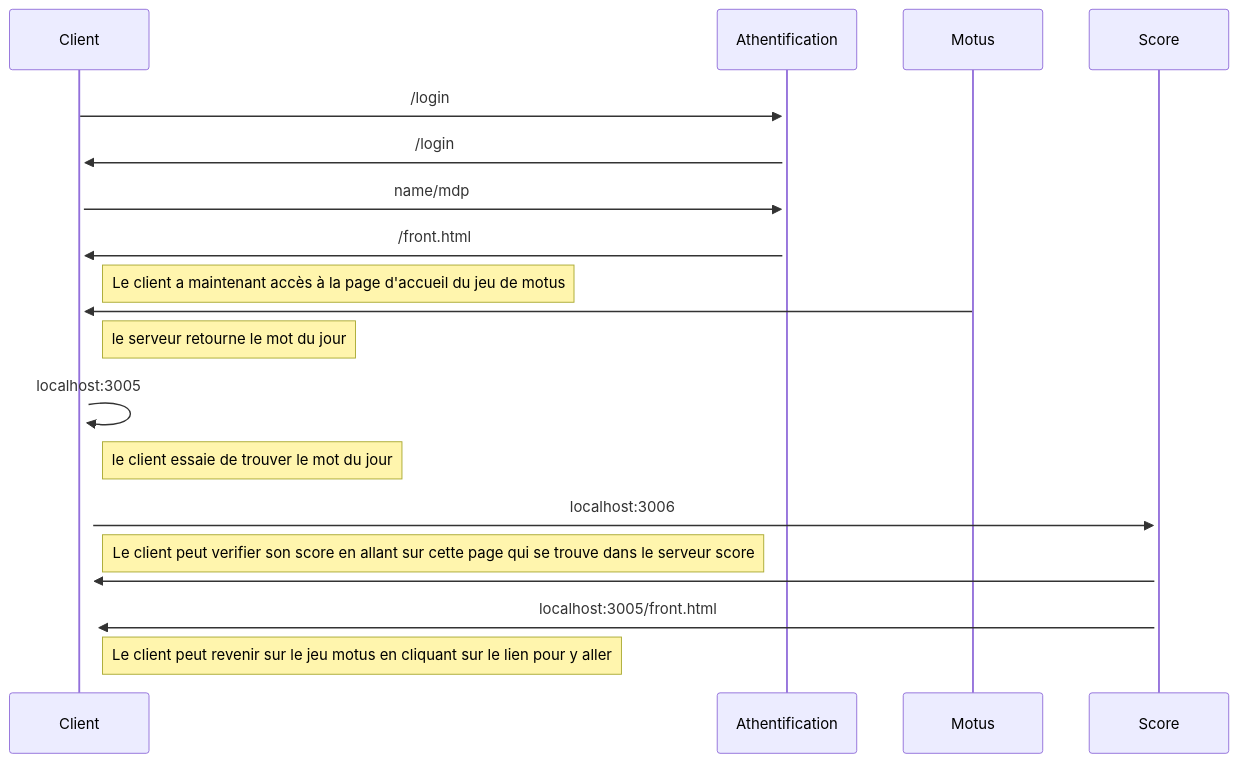
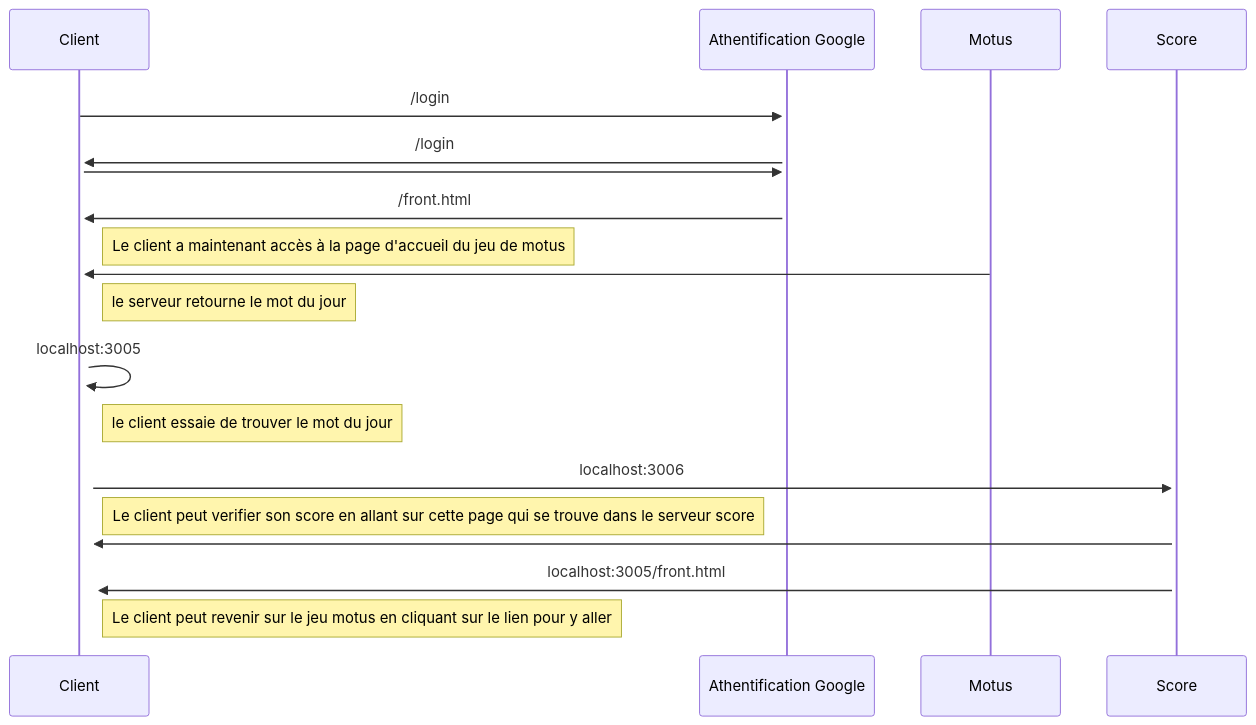
Before and after one commit to RadoDominique/motus: the diagram in README.md, drawn with Mermaid. The commit also changed other lines of this file, not shown here.

````diff
--- a/README.md
+++ b/README.md
@@ -36,18 +37,18 @@
 ```mermaid
 
 sequenceDiagram
-    Client->>+Athentification: /login
-    Athentification->>+Client: /login
-    Client->>Athentification: name/mdp
-    Athentification->>Client:/front.html
+    Client->>+Athentification Google: /login
+    Athentification Google->>+Client: /login
+    Client->>Athentification Google: 
+    Athentification Google->>Client:/front.html
     Note right of Client: Le client a maintenant accès à la page d'accueil du jeu de motus
     Motus->>+Client : 
     note right of Client : le serveur retourne le mot du jour
     Client->>+Client: localhost:3005
     note right of Client: le client essaie de trouver le mot du jour
     Client->>+Score: localhost:3006
     note right of Client: Le client peut verifier son score en allant sur cette page qui se trouve dans le serveur score
     Score->>+Client: 
     Score->>+Client: localhost:3005/front.html
     note right of Client: Le client peut revenir sur le jeu motus en cliquant sur le lien pour y aller
  ```
````
